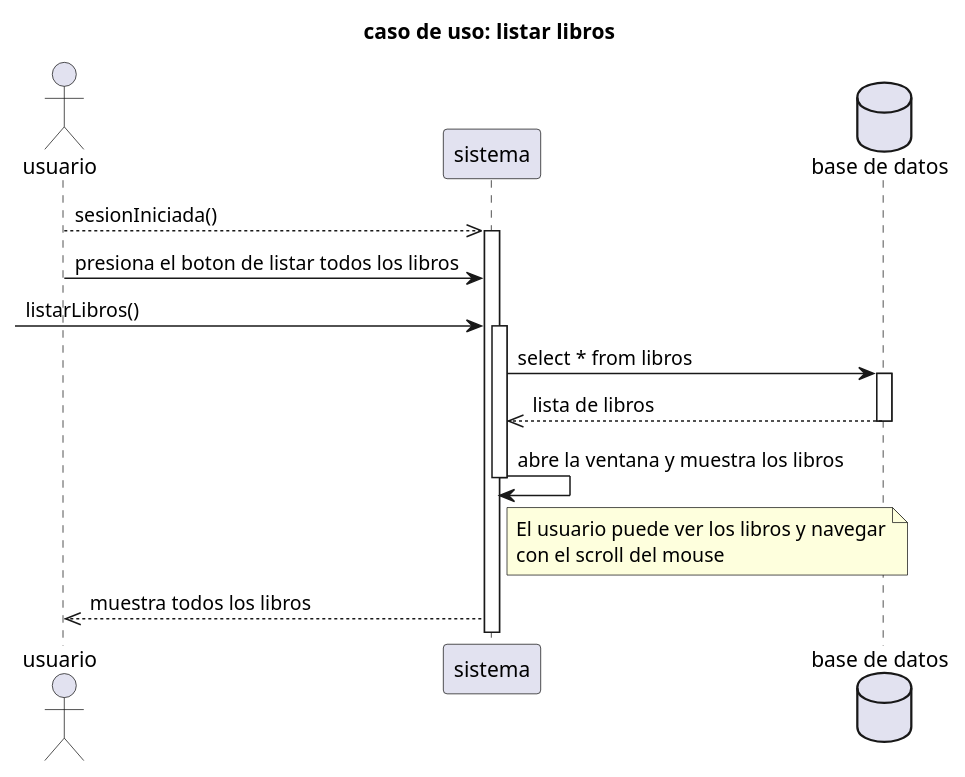
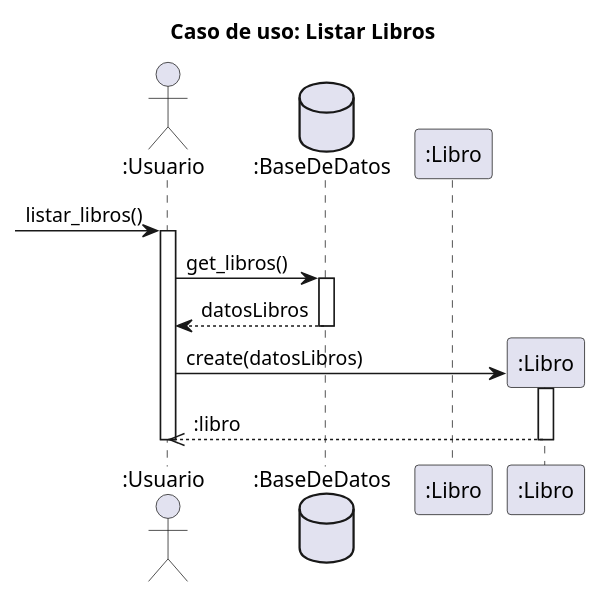
The diagram in interacion 2/listarlibro.puml (RubenE107/diagramas-de-dise-o-uml), drawn with PlantUML before and after one commit. The commit also changed 1 other file, not shown here.

Commit message:
listar usuarios

```diff
--- a/interacion 2/listarlibro.puml
+++ b/interacion 2/listarlibro.puml
@@ -1,26 +1,51 @@
 @startuml
 title caso de uso: listar libros
 
-actor "usuario" as u
-participant "sistema" as s
-database "base de datos" as db
+' actor "usuario" as u
+' participant "sistema" as s
+' database "base de datos" as db
 
-u -->> s: sesionIniciada()
-activate s
-u -> s: presiona el boton de listar todos los libros
- ->s: listarLibros()
- activate s
-s -> db: select * from libros
-activate db
-db -->> s: lista de libros
-deactivate db
-s -> s: abre la ventana y muestra los libros
-deactivate s
-note right of s
-El usuario puede ver los libros y navegar
-con el scroll del mouse
-end note
-s -->> u: muestra todos los libros
+' u -->> s: sesionIniciada()
+' activate s
+' u -> s: presiona el boton de listar todos los libros
+'  ->s: listarLibros()
+'  activate s
+' s -> db: select * from libros
+' activate db
+' db -->> s: lista de libros
+' deactivate db
+' s -> s: abre la ventana y muestra los libros
+' deactivate s
+' note right of s
+' El usuario puede ver los libros y navegar
+' con el scroll del mouse
+' end note
+' s -->> u: muestra todos los libros
 
 
+
+title Caso de uso: Listar Libros
+
+actor ":Usuario" as u
+database ":BaseDeDatos" as bd
+participant ":Libro" as l
+
+-> u:listar_libros()
+activate u
+
+u -> bd:get_libros()
+activate bd
+
+bd --> u:datosLibros
+deactivate bd
+
+create ":Libro" as libro
+u -> libro:create(datosLibros)
+activate libro
+
+libro-->>u::libro
+deactivate libro
+
+deactivate u
+
 @enduml
```
